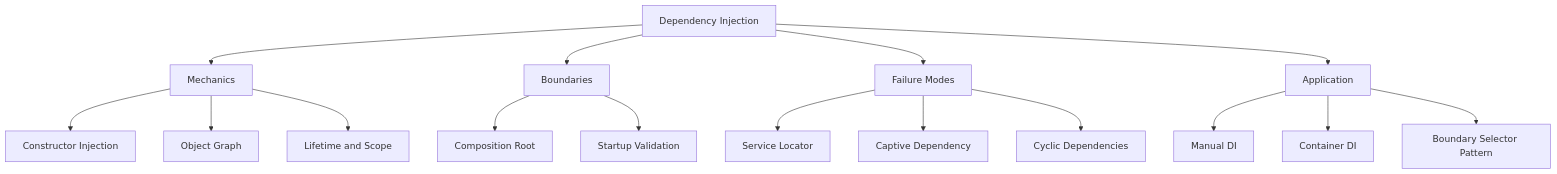
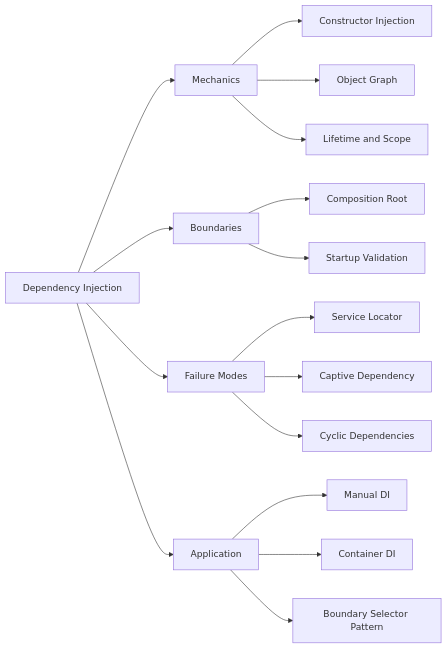
Before and after one commit to jeff-adkisson/swe-4743-spring-2026-oo-design: diagram 22 of 23 in presentations/10-dependency-injection.md, drawn with Mermaid. The commit also changed other lines of this file and 3 other files, not shown here.

````diff
--- a/presentations/10-dependency-injection.md
+++ b/presentations/10-dependency-injection.md
@@ -1468,23 +1272,23 @@
 ```mermaid
-flowchart TB
+flowchart LR
     DI[Dependency Injection]
     DI --> MECH[Mechanics]
     DI --> BOUND[Boundaries]
     DI --> RISKS[Failure Modes]
     DI --> APPLY[Application]
 
     MECH --> CI[Constructor Injection]
     MECH --> OG2[Object Graph]
     MECH --> LIF[Lifetime and Scope]
 
     BOUND --> CR2[Composition Root]
     BOUND --> START[Startup Validation]
 
     RISKS --> SL[Service Locator]
     RISKS --> CAP[Captive Dependency]
     RISKS --> CYCLE[Cyclic Dependencies]
 
     APPLY --> MAN[Manual DI]
     APPLY --> CONT[Container DI]
     APPLY --> SEL[Boundary Selector Pattern]
 ```
````
